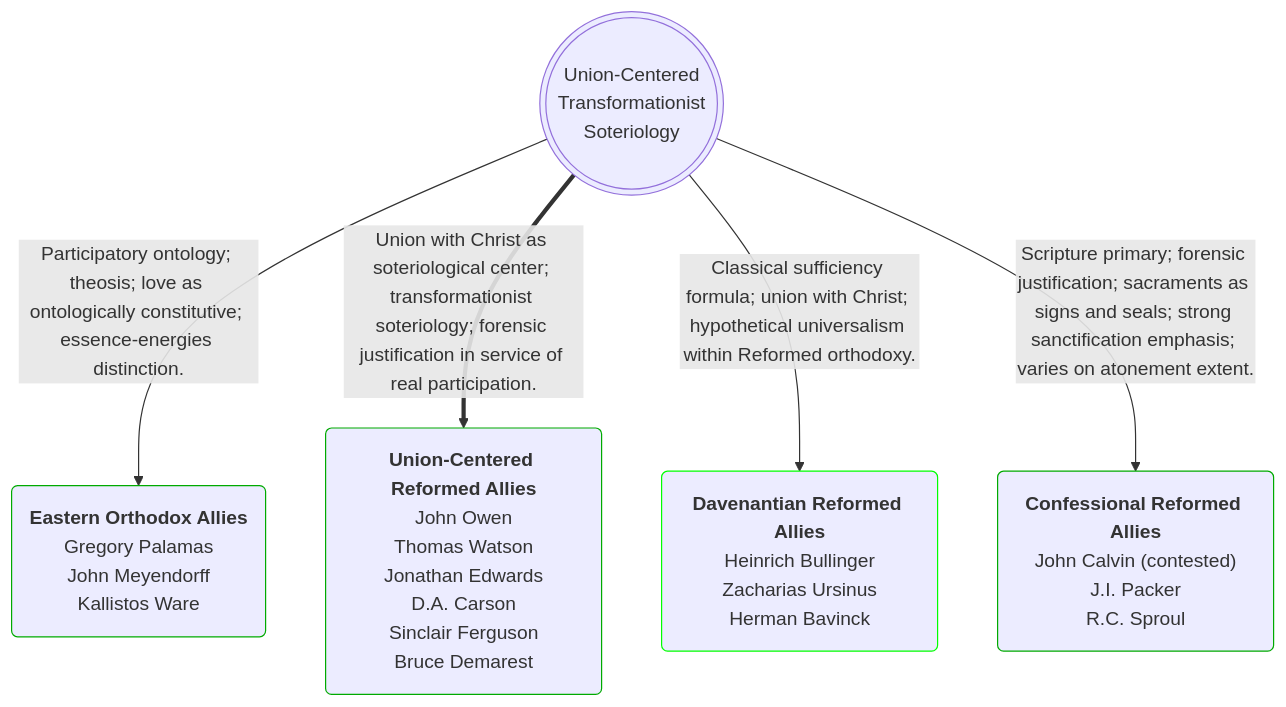
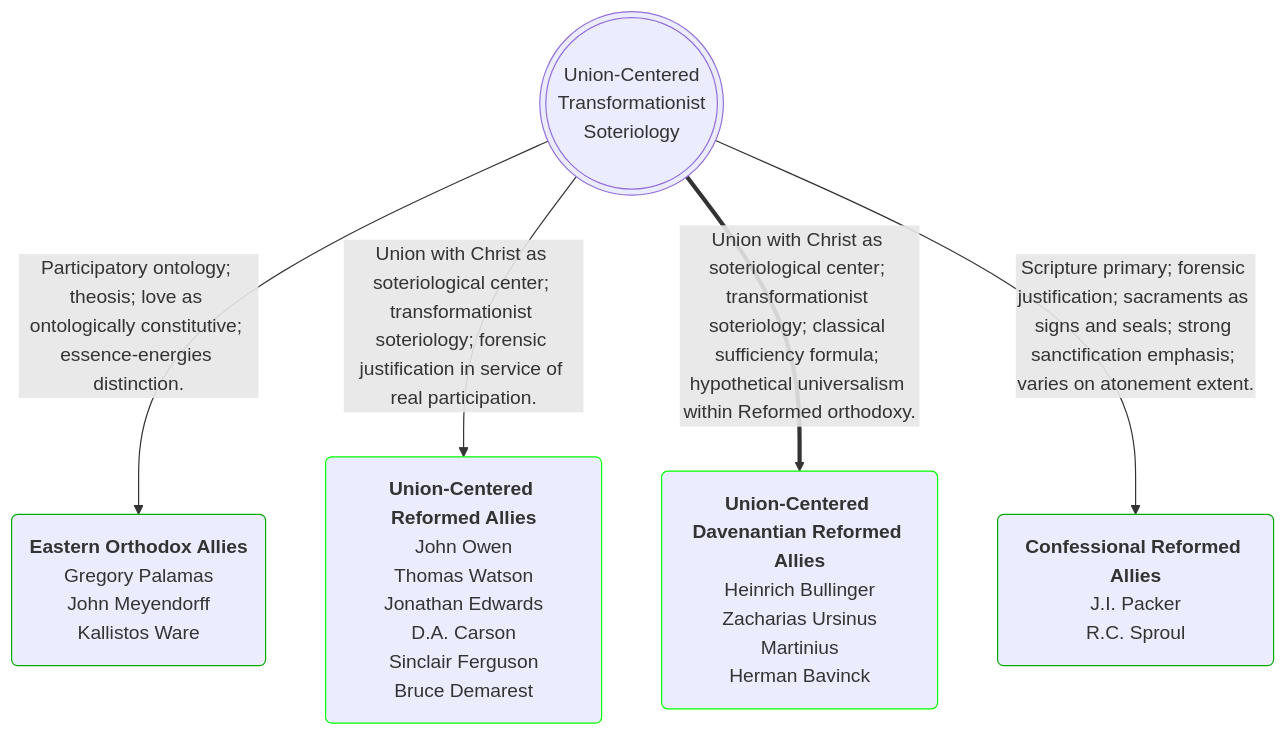
The second of 2 diagrams in _posts/2026-03-27-confessional-transformationist-anglo-catholic.markdown (OrdoLuminis/ordoluminis.github.io), drawn with Mermaid before and after one commit. The commit also changed other lines of this file, not shown here.

````diff
--- a/_posts/2026-03-27-confessional-transformationist-anglo-catholic.markdown
+++ b/_posts/2026-03-27-confessional-transformationist-anglo-catholic.markdown
@@ -57,11 +57,11 @@
 ```mermaid
 flowchart TD
     A(((Union-Centered<br>Transformationist<br>Soteriology)))
     A -->|Participatory ontology; theosis; love as ontologically constitutive; essence-energies distinction.| B(<strong>Eastern Orthodox Allies</strong><br>Gregory Palamas<br>John Meyendorff<br>Kallistos Ware):::muted
-    A ==>|Union with Christ as soteriological center; transformationist soteriology; forensic justification in service of real participation.| D(<strong>Union-Centered Reformed Allies</strong><br>John Owen<br>Thomas Watson<br>Jonathan Edwards<br>D.A. Carson<br>Sinclair Ferguson<br>Bruce Demarest):::lightgreen
-    A -->|Classical sufficiency formula; union with Christ; hypothetical universalism within Reformed orthodoxy.| F(<strong>Davenantian Reformed Allies</strong><br>Heinrich Bullinger<br>Zacharias Ursinus<br>Herman Bavinck):::green
-    A -->|Scripture primary; forensic justification; sacraments as signs and seals; strong sanctification emphasis; varies on atonement extent.| C(<strong>Confessional Reformed Allies</strong><br>John Calvin &lpar;contested&rpar;<br>J.I. Packer<br>R.C. Sproul):::muted
+    A -->|Union with Christ as soteriological center; transformationist soteriology; forensic justification in service of real participation.| D(<strong>Union-Centered Reformed Allies</strong><br>John Owen<br>Thomas Watson<br>Jonathan Edwards<br>D.A. Carson<br>Sinclair Ferguson<br>Bruce Demarest):::green
+    A ==>|Union with Christ as soteriological center; transformationist soteriology; classical sufficiency formula; hypothetical universalism within Reformed orthodoxy.| F(<strong>Union-Centered Davenantian Reformed Allies</strong><br>Heinrich Bullinger<br>Zacharias Ursinus<br>Martinius<br>Herman Bavinck):::green
+    A -->|Scripture primary; forensic justification; sacraments as signs and seals; strong sanctification emphasis; varies on atonement extent.| C(<strong>Confessional Reformed Allies</strong><br>J.I. Packer<br>R.C. Sproul):::muted
     classDef green stroke:#0f0
     classDef lightgreen stroke:#0a0
     classDef muted stroke:#0a0
 ```
````
